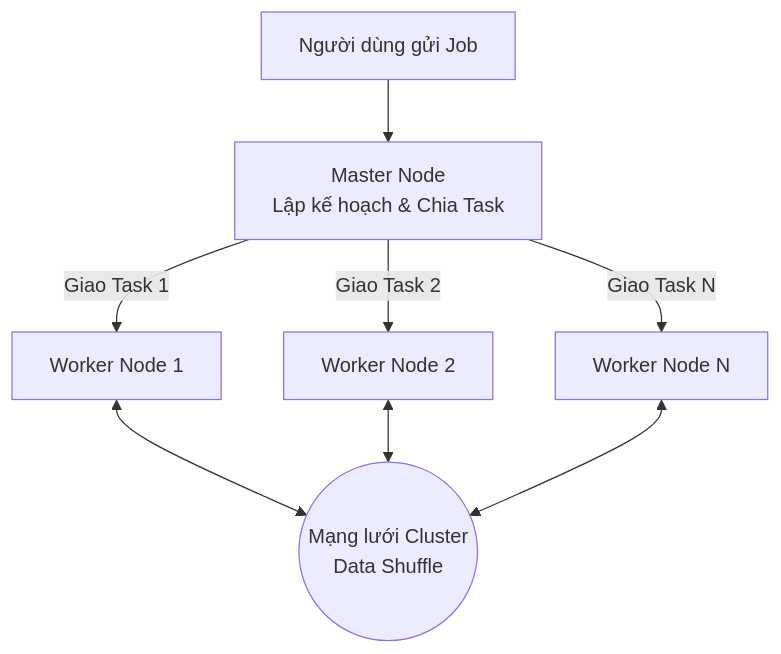
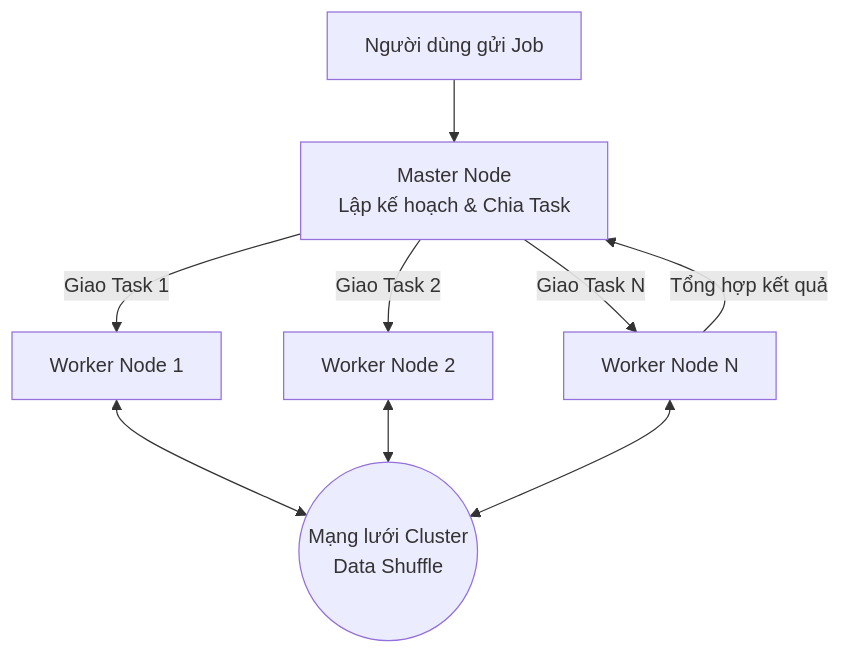
One commit to kythuatdulieu/kythuatdulieu.github.io changed the diagram in src/content/docs/concepts/distributed-processing.md. Above: the diagram before and after it, drawn with Mermaid. The commit also changed other lines of this file and 179 other files, not shown here.

Commit message:
fix: build error and mermaid theme

````diff
--- a/src/content/docs/concepts/distributed-processing.md
+++ b/src/content/docs/concepts/distributed-processing.md
@@ -44,11 +39,12 @@
 ```mermaid
 flowchart TD
     A[Người dùng gửi Job] --> B[Master Node<br/>Lập kế hoạch & Chia Task]
     B -- "Giao Task 1" --> C[Worker Node 1]
     B -- "Giao Task 2" --> D[Worker Node 2]
     B -- "Giao Task N" --> E[Worker Node N]
     
     C <--> F((Mạng lưới Cluster<br/>Data Shuffle))
     D <--> F
     E <--> F
+    E -- "Tổng hợp kết quả" --> B
 ```
````
